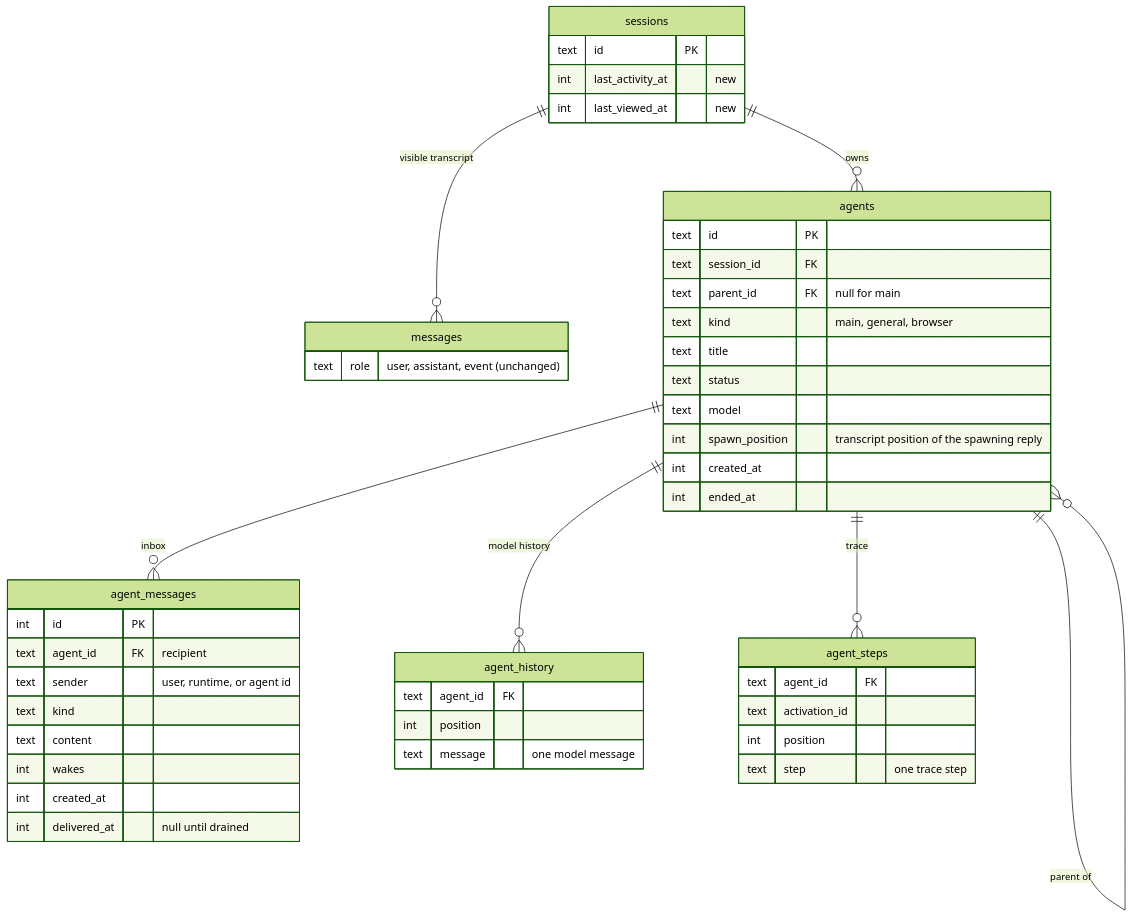
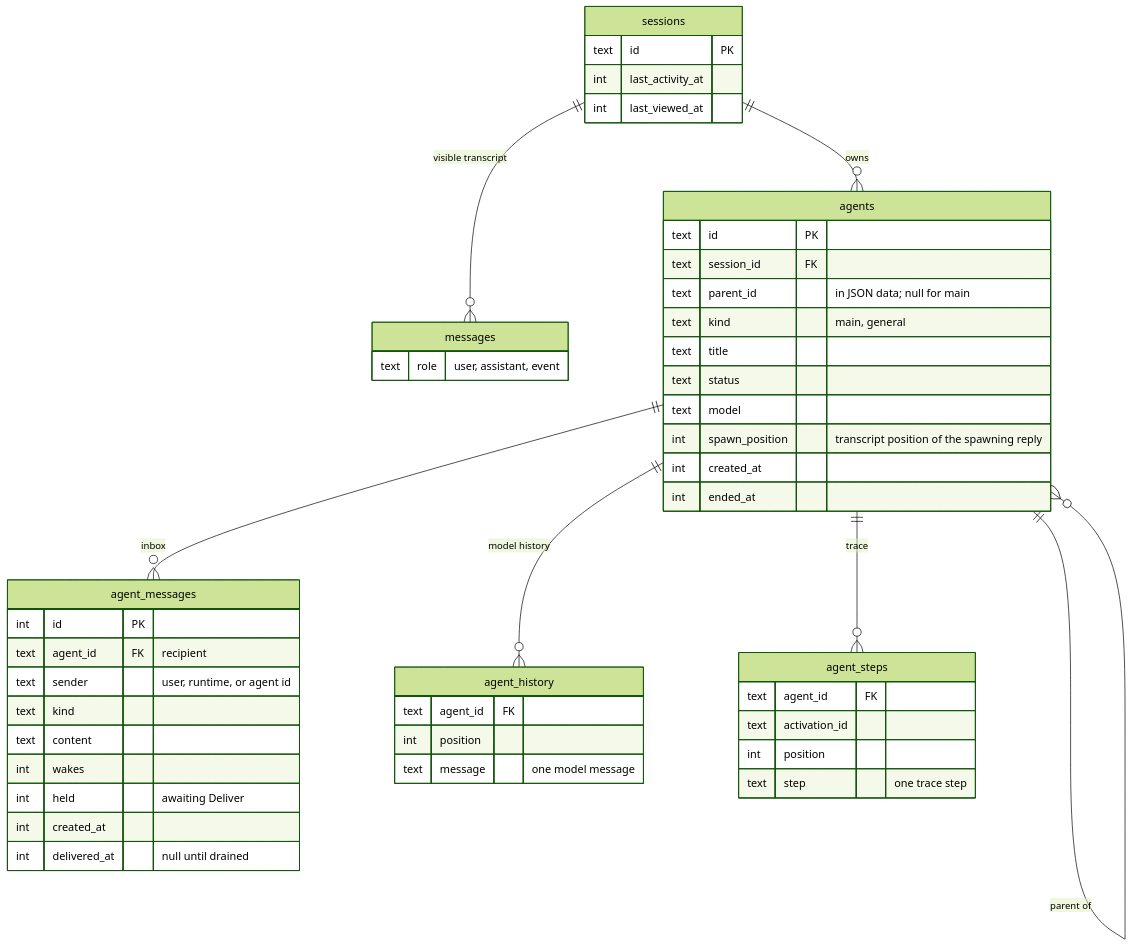
Before and after one commit to NickAwrist/euler: the seventh of 7 diagrams in docs/design/async-agents.md, drawn with Mermaid (forest theme). The commit also changed other lines of this file and 16 other files, not shown here.

````diff
--- a/docs/design/async-agents.md
+++ b/docs/design/async-agents.md
@@ -498,50 +423,51 @@
 ```mermaid
 erDiagram
   sessions ||--o{ messages : "visible transcript"
   sessions ||--o{ agents : owns
   agents ||--o{ agent_messages : "inbox"
   agents ||--o{ agents : "parent of"
   agents ||--o{ agent_history : "model history"
   agents ||--o{ agent_steps : "trace"
   sessions {
     text id PK
-    int last_activity_at "new"
-    int last_viewed_at "new"
+    int last_activity_at
+    int last_viewed_at
   }
   messages {
-    text role "user, assistant, event (unchanged)"
+    text role "user, assistant, event"
   }
   agents {
     text id PK
     text session_id FK
-    text parent_id FK "null for main"
-    text kind "main, general, browser"
+    text parent_id "in JSON data; null for main"
+    text kind "main, general"
     text title
     text status
     text model
     int spawn_position "transcript position of the spawning reply"
     int created_at
     int ended_at
   }
   agent_history {
     text agent_id FK
     int position
     text message "one model message"
   }
   agent_steps {
     text agent_id FK
     text activation_id
     int position
     text step "one trace step"
   }
   agent_messages {
     int id PK
     text agent_id FK "recipient"
     text sender "user, runtime, or agent id"
     text kind
     text content
     int wakes
+    int held "awaiting Deliver"
     int created_at
     int delivered_at "null until drained"
   }
 ```
````
